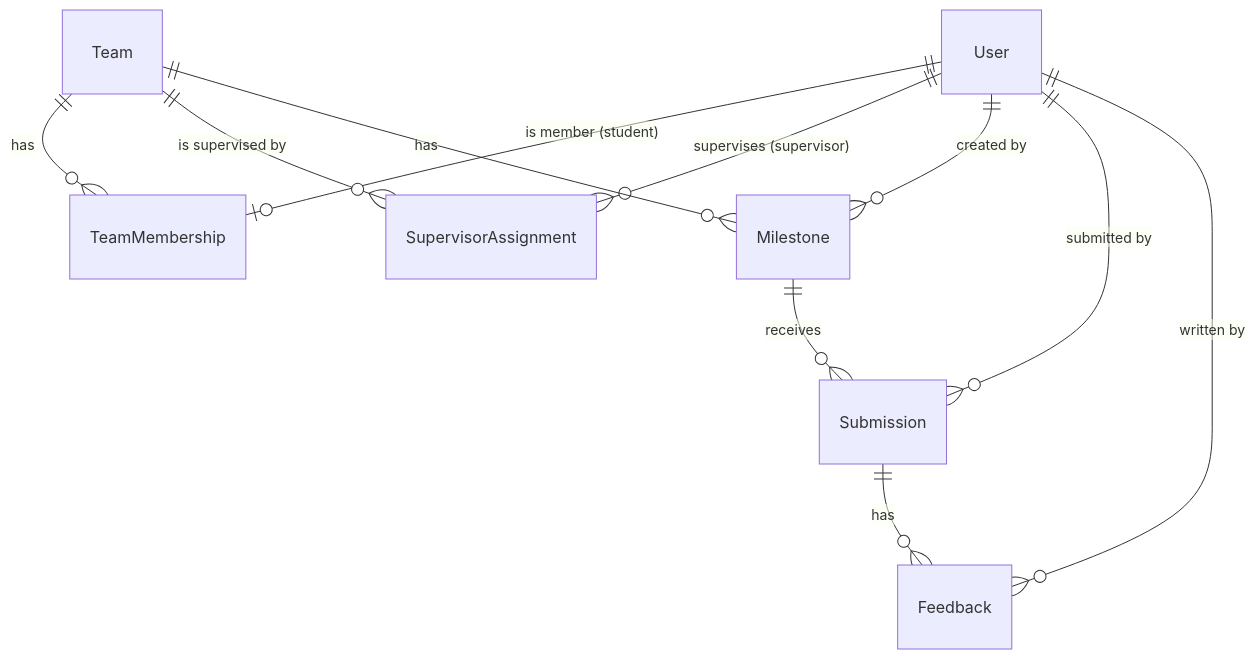
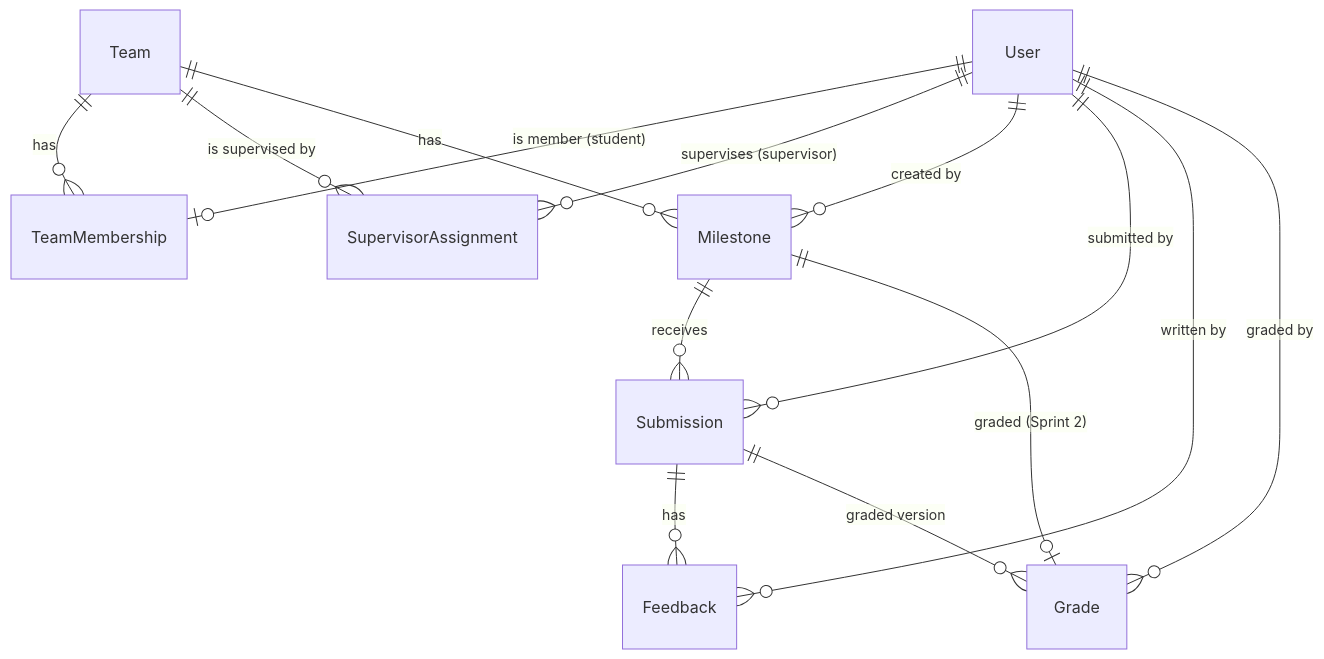
The second of 4 diagrams in docs/system-sds.md (ILoveSiesta/Course-Project-Management-System), drawn with Mermaid before and after one commit. The commit also changed other lines of this file and 2 other files, not shown here.

Commit message:
docs(F-08): contract for grades and grade release (#66)

````diff
--- a/docs/system-sds.md
+++ b/docs/system-sds.md
@@ -76,13 +77,16 @@
 ```mermaid
 erDiagram
   User ||--o| TeamMembership : "is member (student)"
   Team ||--o{ TeamMembership : has
   User ||--o{ SupervisorAssignment : "supervises (supervisor)"
   Team ||--o{ SupervisorAssignment : "is supervised by"
   Team ||--o{ Milestone : has
   User ||--o{ Milestone : "created by"
   Milestone ||--o{ Submission : receives
   User ||--o{ Submission : "submitted by"
   Submission ||--o{ Feedback : has
   User ||--o{ Feedback : "written by"
+  Milestone ||--o| Grade : "graded (Sprint 2)"
+  Submission ||--o{ Grade : "graded version"
+  User ||--o{ Grade : "graded by"
 ```
````
